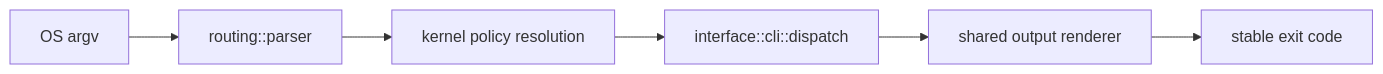
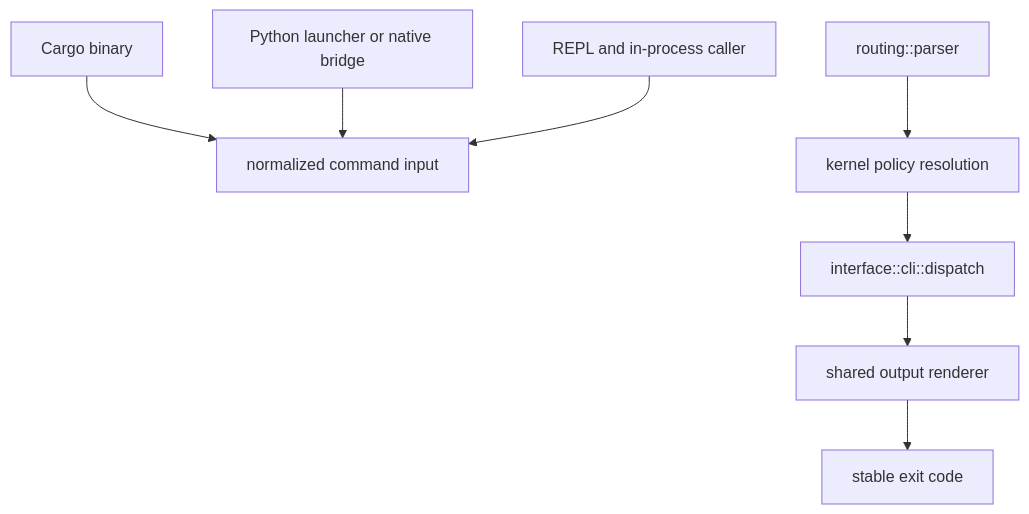
The diagram in docs/bijux-cli/foundation/package-overview.md (bijux/bijux-cli), drawn with Mermaid before and after one commit. The commit also changed other lines of this file and 3 other files, not shown here.

````diff
--- a/docs/bijux-cli/foundation/package-overview.md
+++ b/docs/bijux-cli/foundation/package-overview.md
@@ -22,8 +19,15 @@
 ```mermaid
-flowchart LR
-    argv["OS argv"] --> parse["routing::parser"]
+flowchart TB
+    cargo["Cargo binary"]
+    python["Python launcher or native bridge"]
+    repl["REPL and in-process caller"]
+    argv["normalized command input"]
+    parse["routing::parser"]
     parse --> policy["kernel policy resolution"]
     policy --> dispatch["interface::cli::dispatch"]
     dispatch --> output["shared output renderer"]
     output --> exit["stable exit code"]
+    cargo --> argv
+    python --> argv
+    repl --> argv
 ```
````
